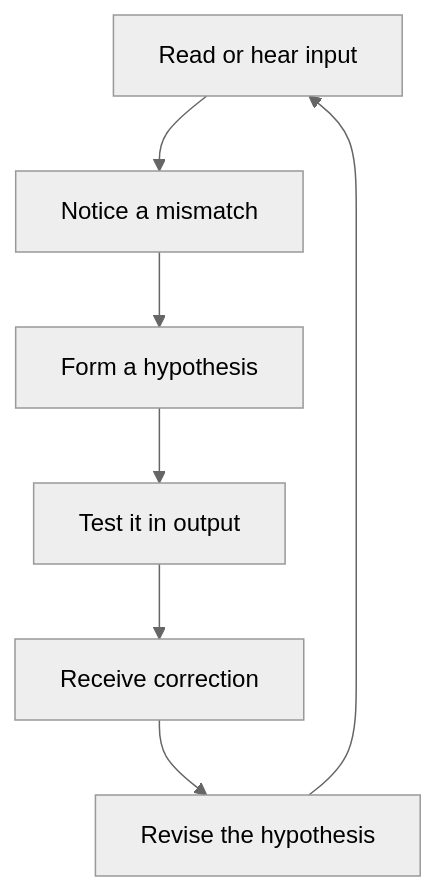
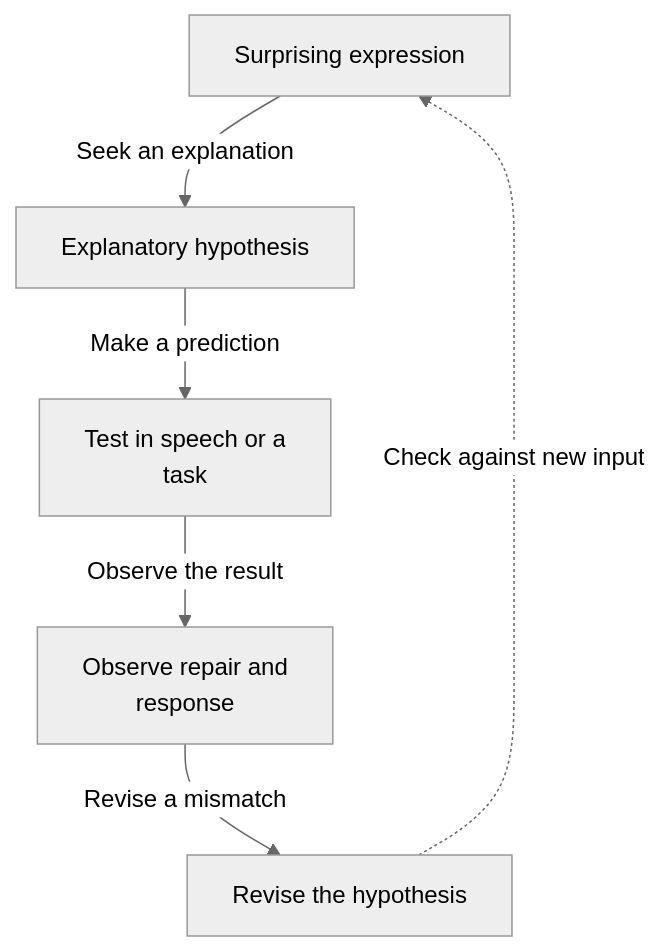
One commit to daylight55/research changed the diagram in articles/report/abduction-second-language-learning/en/index.mdx. Above: the diagram before and after it, drawn with Mermaid (neutral theme). The commit also changed 181 other files, not shown here.

First line of the commit message:
全記事の図解368点を再生成し、共通注意書きを削除 (#402)

````diff
--- a/articles/report/abduction-second-language-learning/en/index.mdx
+++ b/articles/report/abduction-second-language-learning/en/index.mdx
@@ -65,9 +65,15 @@
 ```mermaid
 flowchart TD
-  Input["Read or hear input"] --> Surprise["Notice a mismatch"]
-  Surprise --> Hypothesis["Form a hypothesis"]
-  Hypothesis --> Test["Test it in output"]
-  Test --> Feedback["Receive correction"]
-  Feedback --> Revise["Revise the hypothesis"]
-  Revise --> Input
+  accTitle: Update a learning hypothesis from a surprising expression
+  accDescr: Turn a mismatch in input into a hypothesis, test it in speech, and use feedback to guide the next observation.
+  N0["Surprising expression"]
+  N1["Explanatory hypothesis"]
+  N2["Test in speech or a<br/>task"]
+  N3["Observe repair and<br/>response"]
+  N4["Revise the hypothesis"]
+  N0 -->|Seek an explanation| N1
+  N1 -->|Make a prediction| N2
+  N2 -->|Observe the result| N3
+  N3 -->|Revise a mismatch| N4
+  N4 -.->|Check against new input| N0
 ```
````
